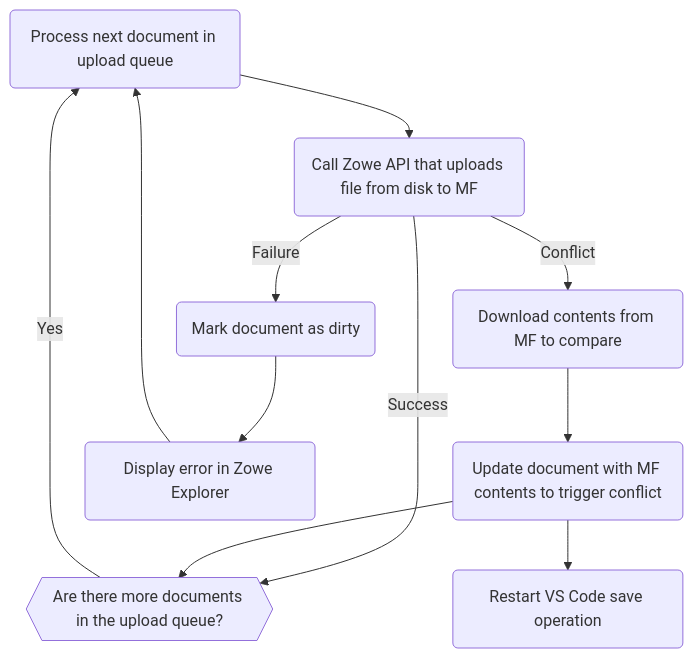
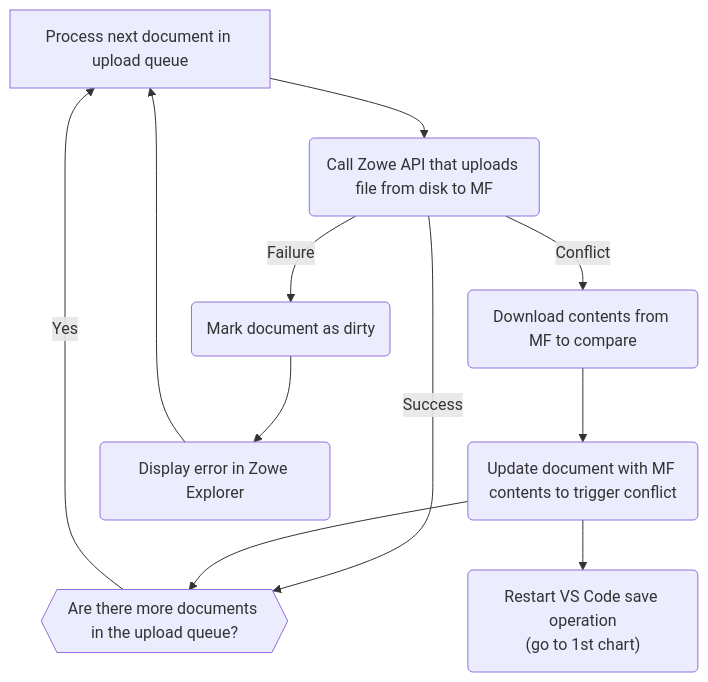
Before and after one commit to zowe/zowe-explorer-vscode: the third of 4 diagrams in docs/developer/File-Save-Flow.md, drawn with Mermaid. The commit also changed other lines of this file, not shown here.

Commit message:
Final draft of the file save flowcharts

````diff
--- a/docs/developer/File-Save-Flow.md
+++ b/docs/developer/File-Save-Flow.md
@@ -118,28 +91,28 @@
 ```mermaid
 flowchart TD
-    iterateUploadQueue(Process next document in upload queue)
+    iterateUploadQueue[Process next document in upload queue]
     iterateUploadQueue-->awaitMfRequest
 
     awaitMfRequest(Call Zowe API that uploads file from disk to MF)
     awaitMfRequest -->|Success| checkQueue
     awaitMfRequest -->|Conflict| downloadRemoteDs
     awaitMfRequest -->|Failure| markAsDirty
 
     downloadRemoteDs(Download contents from MF to compare)
     downloadRemoteDs-->updateEditorContents
 
     updateEditorContents(Update document with MF contents to trigger conflict)
     updateEditorContents-->checkQueue
     updateEditorContents-->gotoVsCodeSaveOp
 
     checkQueue{{Are there more documents in the upload queue?}}
     checkQueue -->|Yes| iterateUploadQueue
 
-    gotoVsCodeSaveOp(Restart VS Code save operation)
+    gotoVsCodeSaveOp("Restart VS Code save operation\n(go to 1st chart)")
 
     markAsDirty(Mark document as dirty)
     markAsDirty-->throwError
 
     throwError(Display error in Zowe Explorer)
     throwError-->iterateUploadQueue
 ```
````
